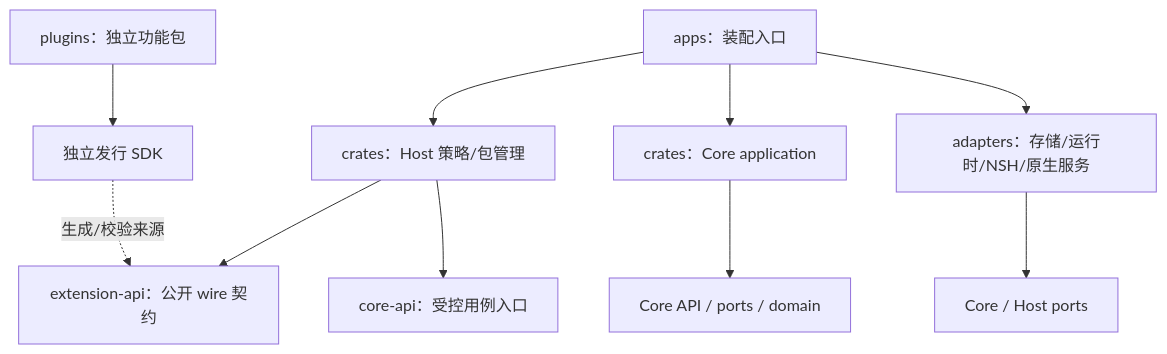
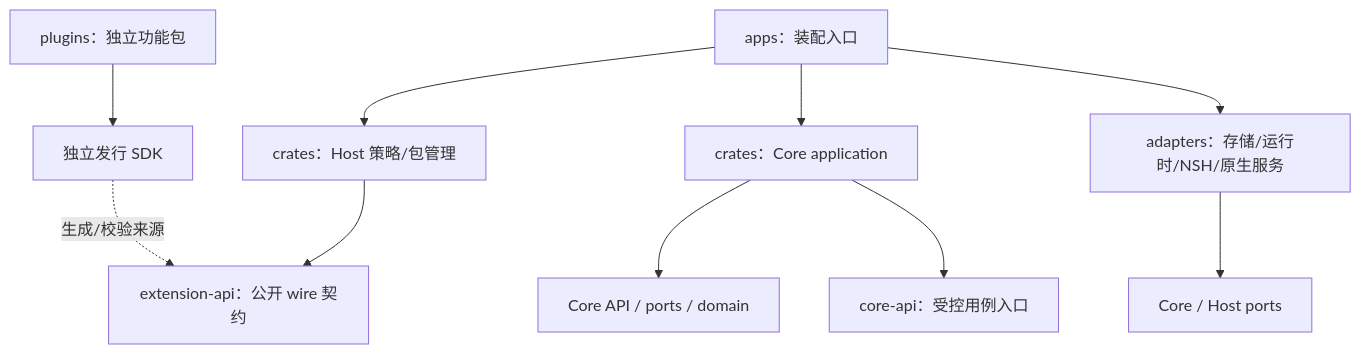
The diagram in docs/architecture/workspace-layout.md (csic21/qusor), drawn with Mermaid before and after one commit. The commit also changed other lines of this file and 1746 other files, not shown here.

````diff
--- a/docs/architecture/workspace-layout.md
+++ b/docs/architecture/workspace-layout.md
@@ -64,12 +68,12 @@
 ```mermaid
 flowchart TD
     App["apps：装配入口"] --> Host["crates：Host 策略/包管理"]
     App --> Application["crates：Core application"]
     App --> Adapters["adapters：存储/运行时/NSH/原生服务"]
     Application --> API["Core API / ports / domain"]
     Adapters --> Ports["Core / Host ports"]
     Host --> Wire["extension-api：公开 wire 契约"]
-    Host --> CoreAPI["core-api：受控用例入口"]
+    Application --> CoreAPI["core-api：受控用例入口"]
     Plugin["plugins：独立功能包"] --> SDK["独立发行 SDK"]
     SDK -. "生成/校验来源" .-> Wire
 ```
````
